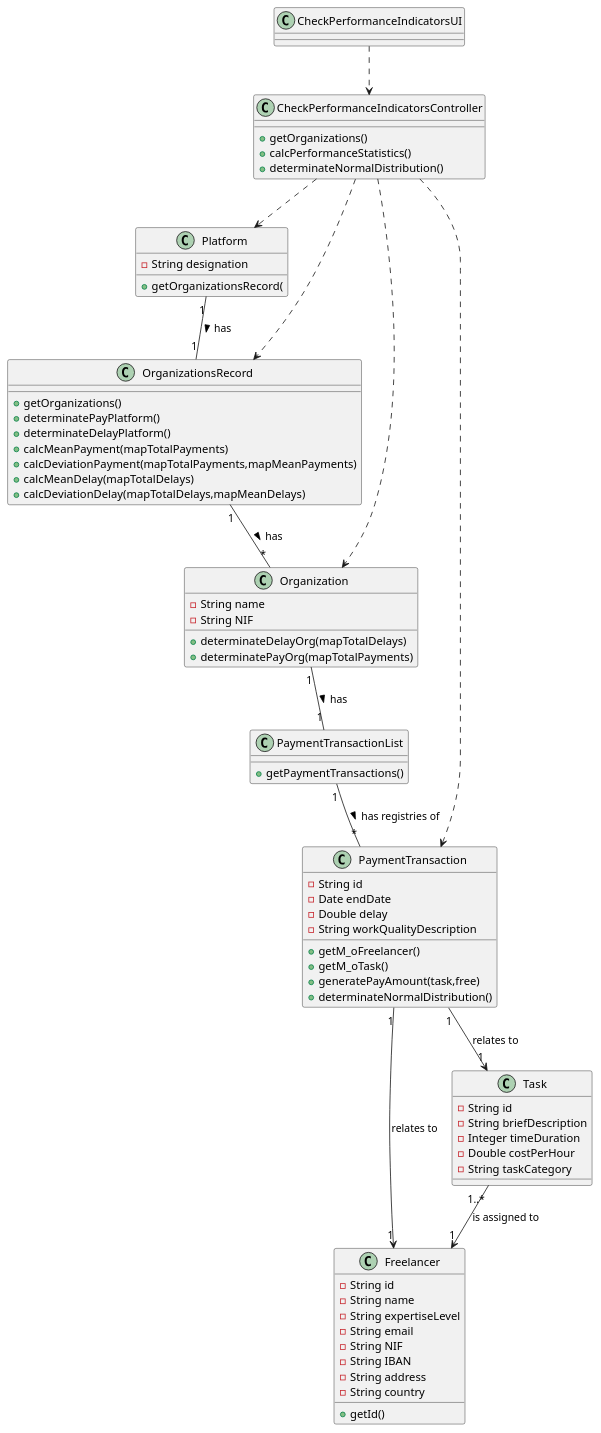
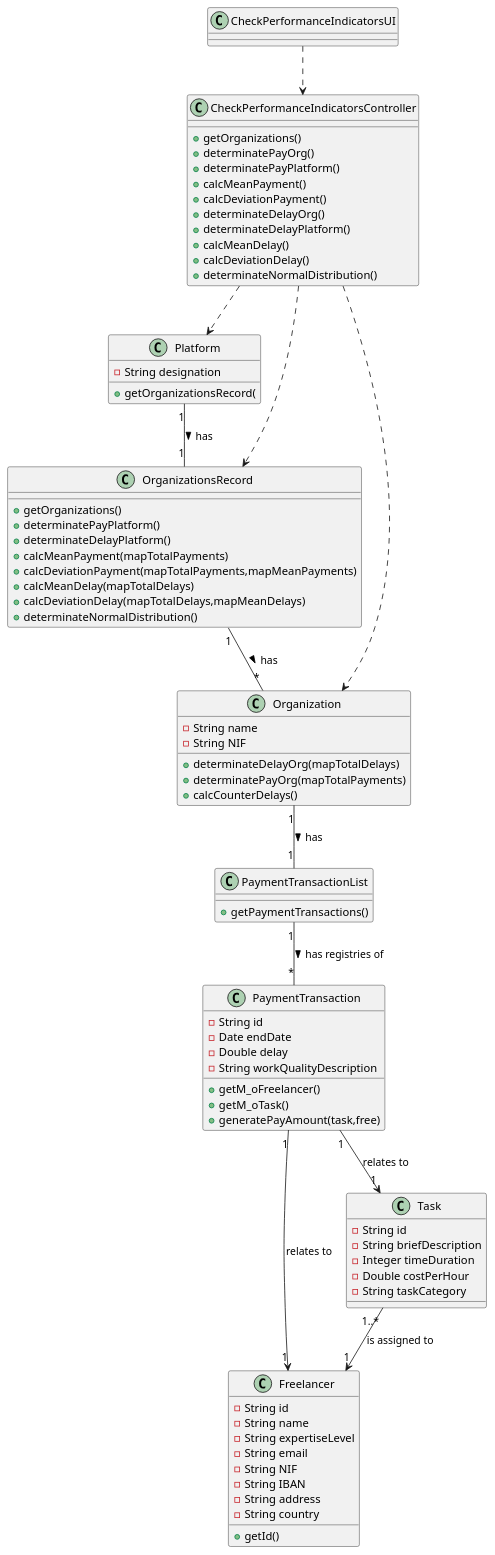
Before and after one commit to pedrolemos4/LAPR2: the diagram in docs/UC6 - Check performance indicators/UC6_CD.puml, drawn with PlantUML. The commit also changed 3 other files, not shown here.

```diff
--- a/docs/UC6 - Check performance indicators/UC6_CD.puml
+++ b/docs/UC6 - Check performance indicators/UC6_CD.puml
@@ -1,89 +1,94 @@
 @startuml
 
 class CheckPerformanceIndicatorsUI {
 }
 
-
 class CheckPerformanceIndicatorsController {
     +getOrganizations()
-    +calcPerformanceStatistics()
+    +determinatePayOrg()
+    +determinatePayPlatform()
+    +calcMeanPayment()
+    +calcDeviationPayment()
+    +determinateDelayOrg()
+    +determinateDelayPlatform()
+    +calcMeanDelay()
+    +calcDeviationDelay()
     +determinateNormalDistribution()
 }
 
 class Platform {
     -String designation
     +getOrganizationsRecord(
 }
 
 
 class OrganizationsRecord {
     +getOrganizations()
     +determinatePayPlatform()
     +determinateDelayPlatform()
     +calcMeanPayment(mapTotalPayments)
     +calcDeviationPayment(mapTotalPayments,mapMeanPayments)
     +calcMeanDelay(mapTotalDelays)
     +calcDeviationDelay(mapTotalDelays,mapMeanDelays)
+    +determinateNormalDistribution()
 }
 
 class Organization {
     -String name
     -String NIF
     +determinateDelayOrg(mapTotalDelays)
     +determinatePayOrg(mapTotalPayments)
+    +calcCounterDelays()
 }
 
  
 class PaymentTransactionList{
     +getPaymentTransactions()
 }
 
  
 class PaymentTransaction {
     -String id
     -Date endDate
     -Double delay
     -String workQualityDescription
     +getM_oFreelancer()
     +getM_oTask()
     +generatePayAmount(task,free)
-    +determinateNormalDistribution()
 }
-
 
 class Freelancer {
     -String id
     -String name
     -String expertiseLevel
     -String email
     -String NIF
     -String IBAN
     -String address
     -String country
     +getId()
 }
 
 class Task {
   -String id
   -String briefDescription
   -Integer timeDuration
   -Double costPerHour
   -String taskCategory
 }
 
-
 CheckPerformanceIndicatorsUI ..> CheckPerformanceIndicatorsController
 CheckPerformanceIndicatorsController ..> Platform
 CheckPerformanceIndicatorsController ..> OrganizationsRecord
 CheckPerformanceIndicatorsController ..> Organization
-CheckPerformanceIndicatorsController ..> PaymentTransaction
 
 
 Platform "1" -- "1" OrganizationsRecord : has >
 OrganizationsRecord "1" -- "*" Organization : has >
 Organization "1" -- "1" PaymentTransactionList : has >
 PaymentTransactionList "1" -- "*" PaymentTransaction : has registries of >
 PaymentTransaction "1" --> "1" Freelancer : relates to
 PaymentTransaction "1" --> "1" Task : relates to
 Task "1..*" --> "1" Freelancer : is assigned to
+
 @enduml
```
